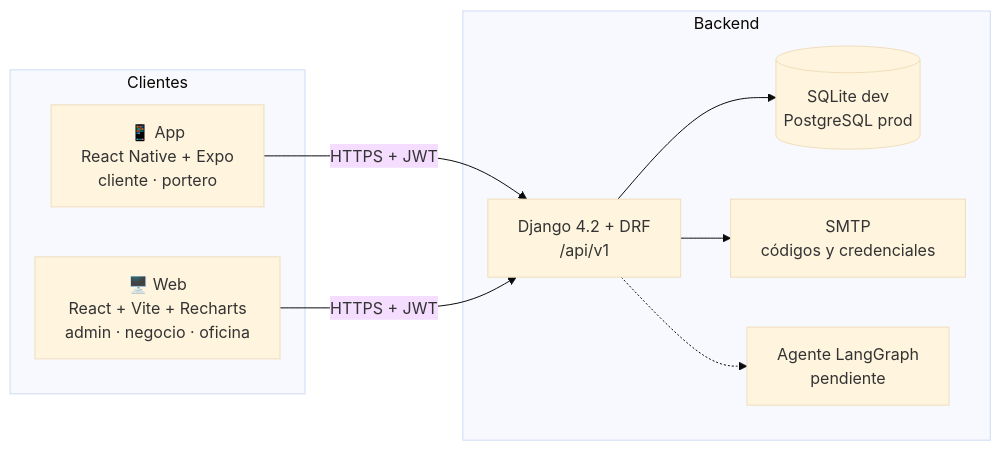
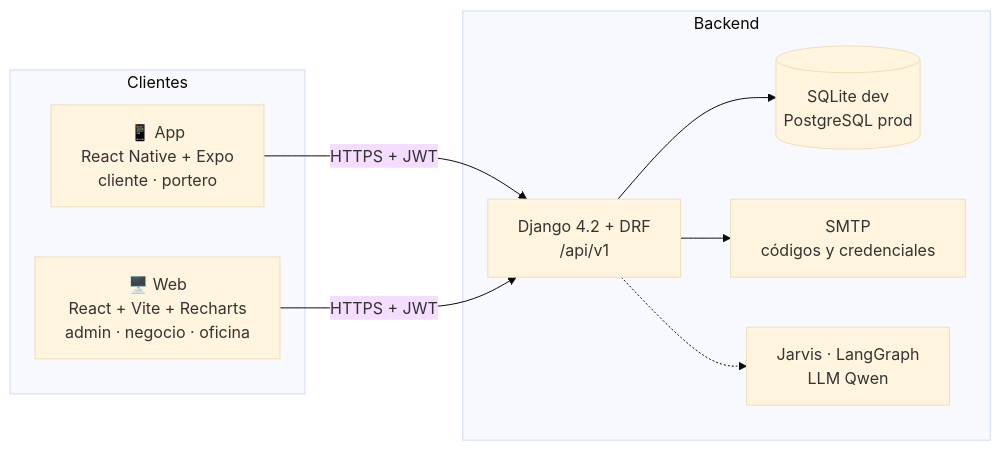
One commit to PabloPachecoB/AranJuez360 changed the diagram in paseoAranjues360_segundo_cerebro/03 Técnico/Arquitectura.md. Above: the diagram before and after it, drawn with Mermaid (base theme). The commit also changed other lines of this file and 154 other files, not shown here.

````diff
--- a/paseoAranjues360_segundo_cerebro/03 Técnico/Arquitectura.md
+++ b/paseoAranjues360_segundo_cerebro/03 Técnico/Arquitectura.md
@@ -7,18 +7,18 @@
 ```mermaid
 flowchart LR
   subgraph Clientes
     APP[📱 App<br/>React Native + Expo<br/>cliente · portero]
     WEB[🖥️ Web<br/>React + Vite + Recharts<br/>admin · negocio · oficina]
   end
   APP -- HTTPS + JWT --> API
   WEB -- HTTPS + JWT --> API
   subgraph Backend
     API[Django 4.2 + DRF<br/>/api/v1]
     DB[(SQLite dev<br/>PostgreSQL prod)]
     MAIL[SMTP<br/>códigos y credenciales]
-    IA[Agente LangGraph<br/>pendiente]
+    IA[Jarvis · LangGraph<br/>LLM Qwen]
   end
   API --> DB
   API --> MAIL
   API -.-> IA
 ```
````
